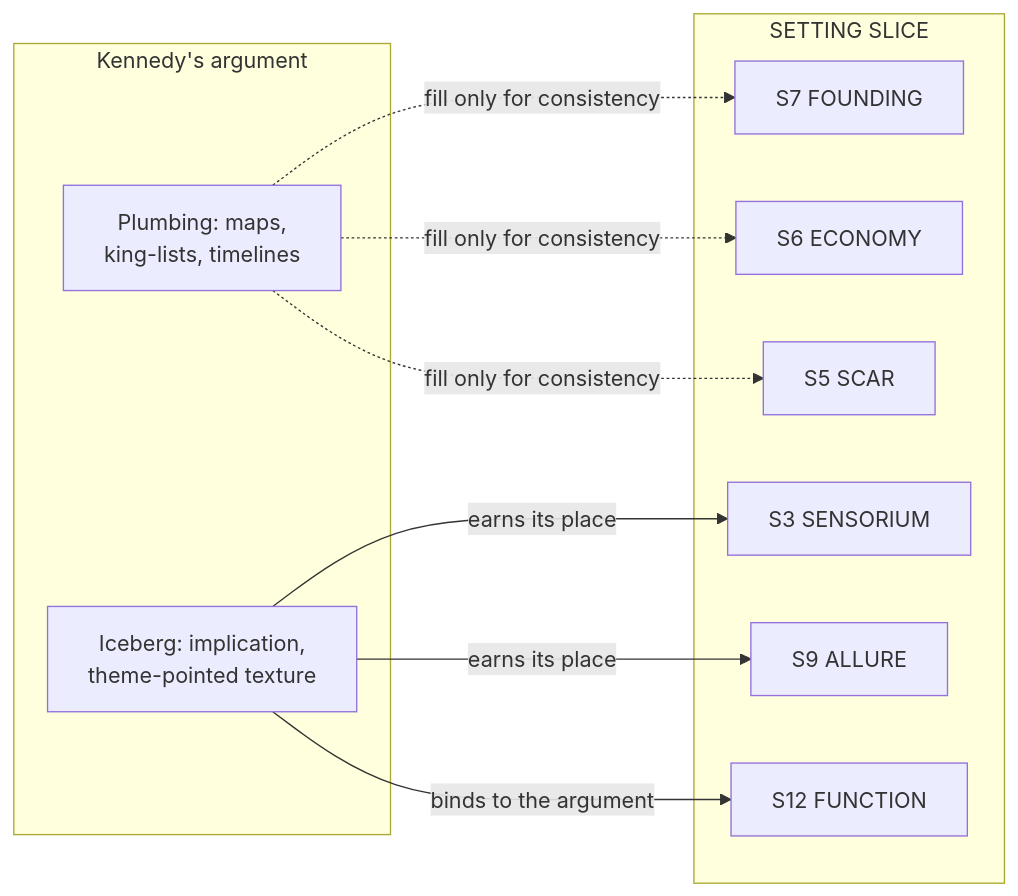
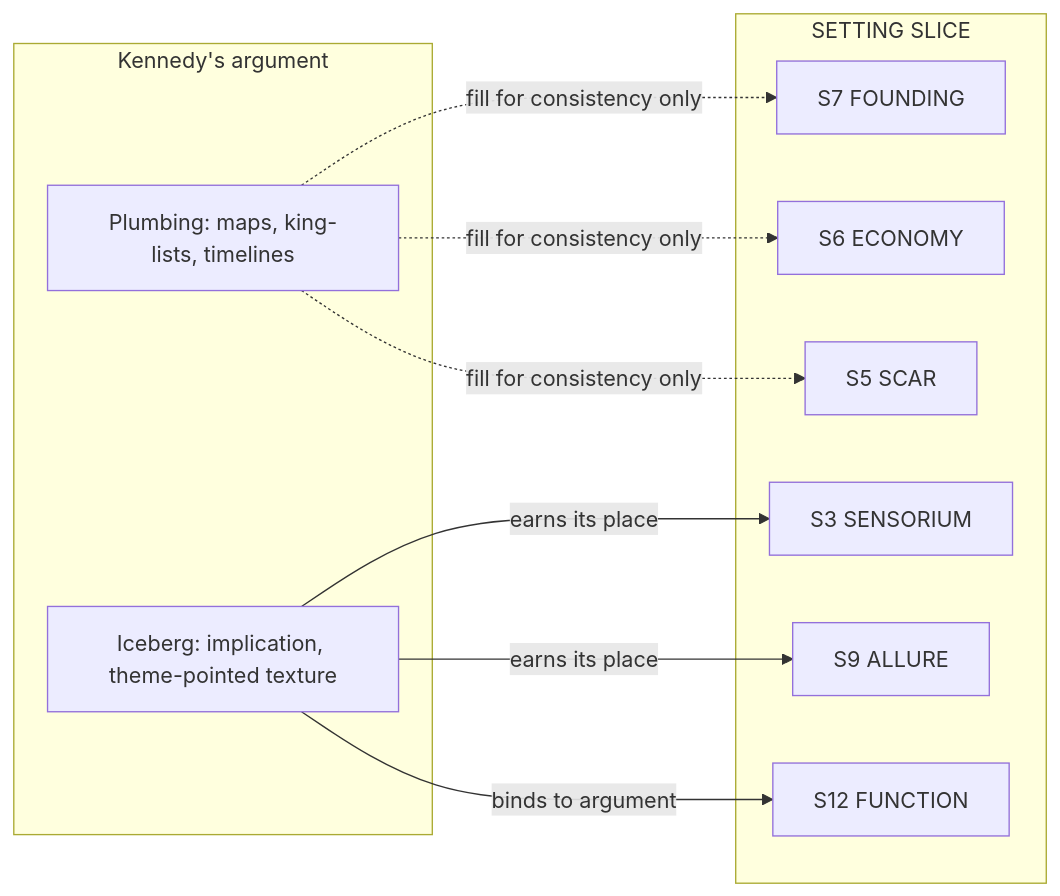
The third of 3 diagrams in _0.1_BVX_LEARN/KNOWLEDGE_AREAS/BVX.0349.md (leechseed/_setsunadev), drawn with Mermaid before and after one commit. The commit also changed other lines of this file and 5 other files, not shown here.

````diff
--- a/_0.1_BVX_LEARN/KNOWLEDGE_AREAS/BVX.0349.md
+++ b/_0.1_BVX_LEARN/KNOWLEDGE_AREAS/BVX.0349.md
@@ -121,21 +121,21 @@
 ```mermaid
 flowchart LR
     subgraph K["Kennedy's argument"]
-      Plumbing[Plumbing: maps,\nking-lists, timelines]
-      Iceberg[Iceberg: implication,\ntheme-pointed texture]
+      Plumbing["Plumbing: maps, king-lists, timelines"]
+      Iceberg["Iceberg: implication, theme-pointed texture"]
     end
     subgraph S["SETTING SLICE"]
       S7[S7 FOUNDING]
       S6[S6 ECONOMY]
       S5[S5 SCAR]
       S3[S3 SENSORIUM]
       S9[S9 ALLURE]
       S12[S12 FUNCTION]
     end
-    Plumbing -. fill only for consistency .-> S7
-    Plumbing -. fill only for consistency .-> S6
-    Plumbing -. fill only for consistency .-> S5
-    Iceberg -- earns its place --> S3
-    Iceberg -- earns its place --> S9
-    Iceberg -- binds to the argument --> S12
+    Plumbing -.->|fill for consistency only| S7
+    Plumbing -.->|fill for consistency only| S6
+    Plumbing -.->|fill for consistency only| S5
+    Iceberg -->|earns its place| S3
+    Iceberg -->|earns its place| S9
+    Iceberg -->|binds to argument| S12
 ```
````
